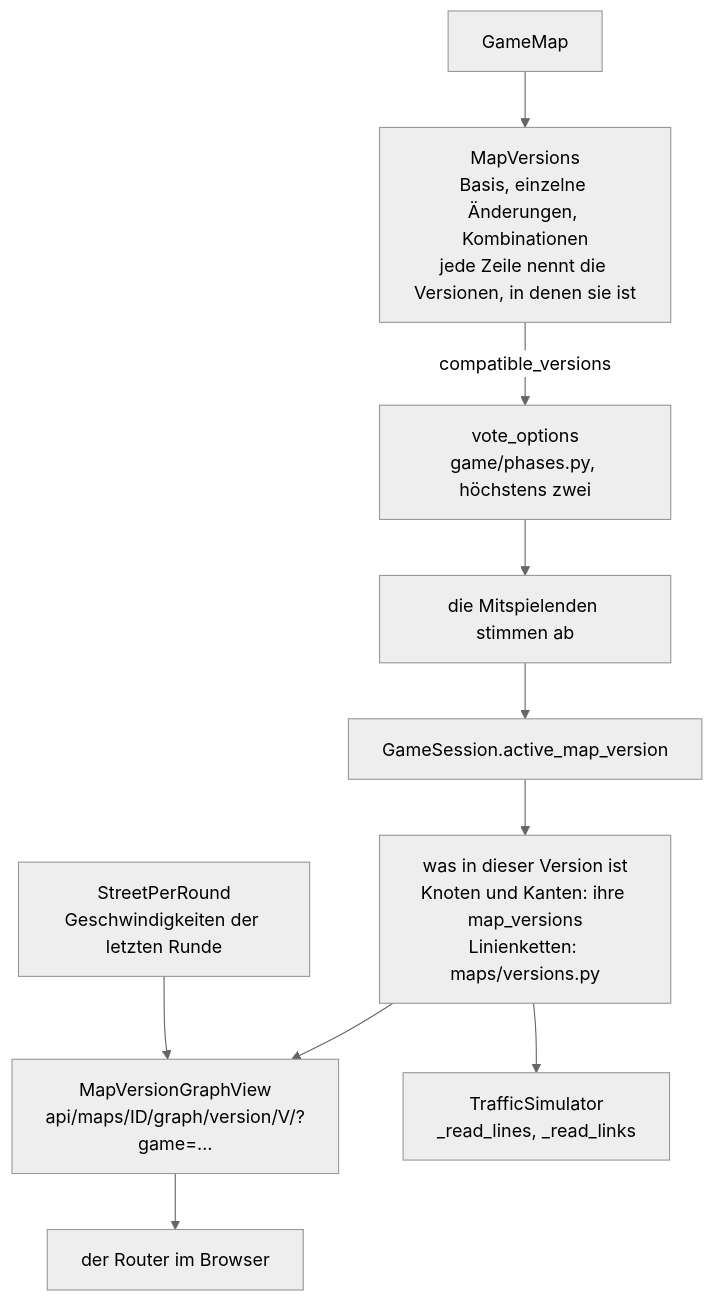
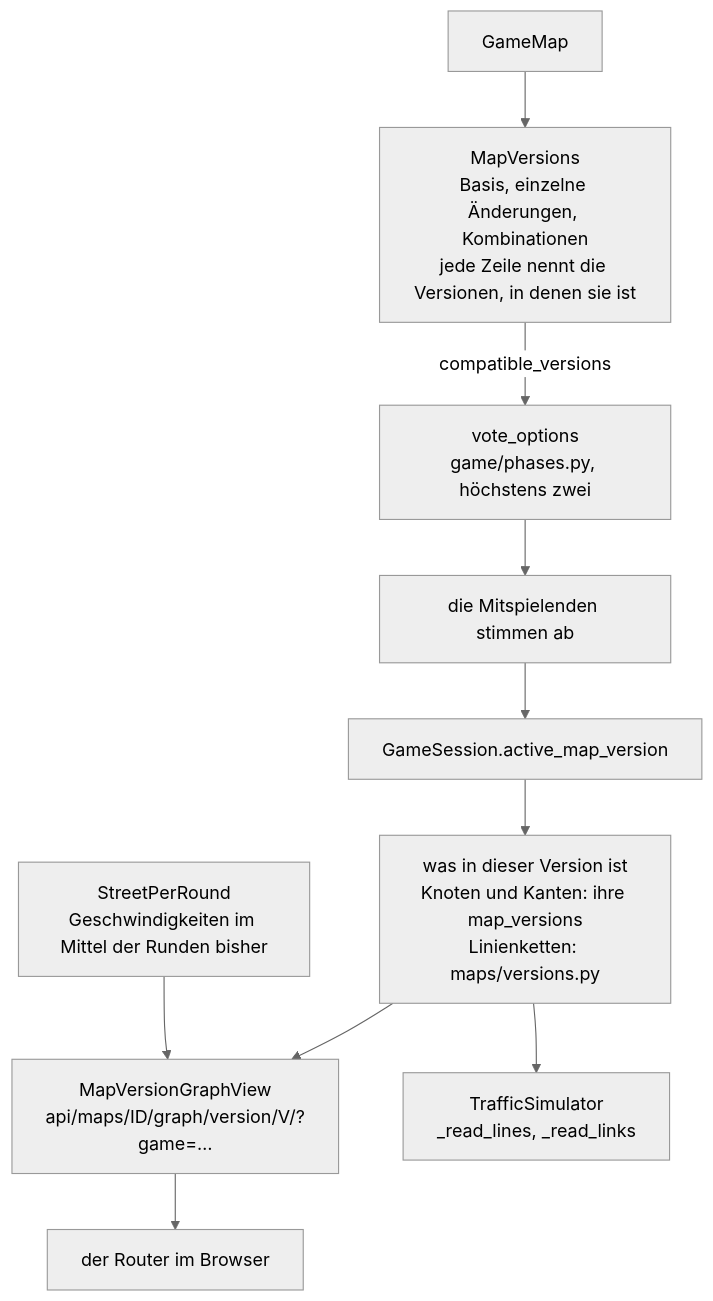
Diagram 12 of 12 in docs/de-flowcharts.md (luke-hirsch/co2mmute), drawn with Mermaid (neutral theme) before and after one commit. The commit also changed other lines of this file and 21 other files, not shown here.

First line of the commit message:
routen im mittel: schnellste und die karte rechnen mit dem mittel der runden bisher statt mit der letzten allein

````diff
--- a/docs/de-flowcharts.md
+++ b/docs/de-flowcharts.md
@@ -447,12 +447,12 @@
 ```mermaid
 flowchart TD
     map["GameMap"] --> versions["MapVersions<br>Basis, einzelne Änderungen, Kombinationen<br>jede Zeile nennt die Versionen, in denen sie ist"]
     versions -->|"compatible_versions"| ballot["vote_options<br>game/phases.py, höchstens zwei"]
     ballot --> vote["die Mitspielenden stimmen ab"]
     vote --> active["GameSession.active_map_version"]
     active --> filter["was in dieser Version ist<br>Knoten und Kanten: ihre map_versions<br>Linienketten: maps/versions.py"]
     filter --> graphApi["MapVersionGraphView<br>api/maps/ID/graph/version/V/?game=…"]
     filter --> simRead["TrafficSimulator<br>_read_lines, _read_links"]
-    lastRound["StreetPerRound<br>Geschwindigkeiten der letzten Runde"] --> graphApi
+    lastRound["StreetPerRound<br>Geschwindigkeiten im Mittel der Runden bisher"] --> graphApi
     graphApi --> router["der Router im Browser"]
 ```
````
